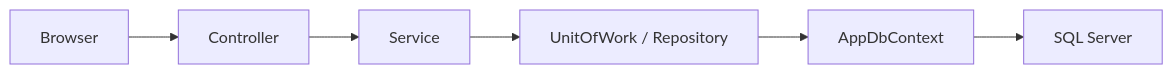
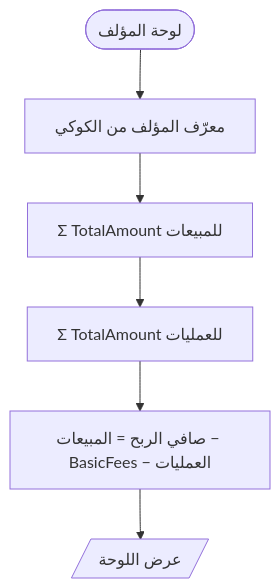
The eighth of 8 diagrams in README.md (ziadeslam-git/AlAsma.Admin), drawn with Mermaid before and after one commit. The commit also changed other lines of this file and 238 other files, not shown here.

````diff
--- a/README.md
+++ b/README.md
@@ -58,8 +326,8 @@
 ```mermaid
-graph LR
-    A[Browser] --> B[Controller]
-    B --> C[Service]
-    C --> D[UnitOfWork / Repository]
-    D --> E[AppDbContext]
-    E --> F[SQL Server]
+flowchart TD
+  A([لوحة المؤلف]) --> B["معرّف المؤلف من الكوكي"]
+  B --> C["Σ TotalAmount للمبيعات"]
+  C --> D["Σ TotalAmount للعمليات"]
+  D --> E["صافي الربح = المبيعات − BasicFees − العمليات"]
+  E --> F[/"عرض اللوحة"/]
 ```
````
